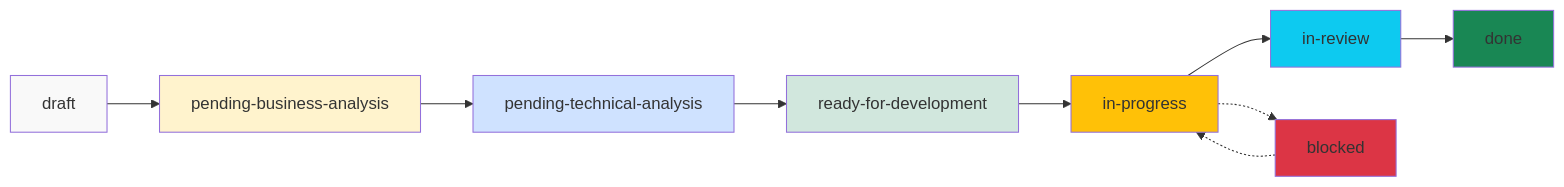
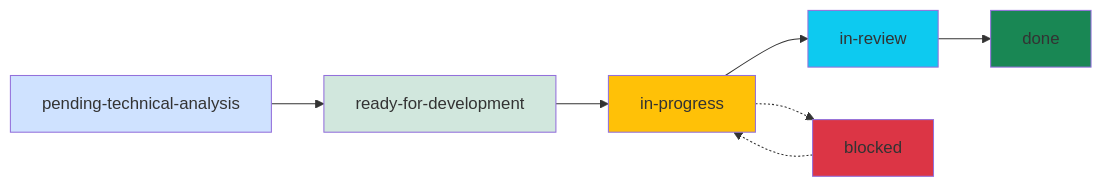
Before and after one commit to alextremp/claude-rumiator: the diagram in RUMIATOR-GUIDE.md, drawn with Mermaid. The commit also changed other lines of this file and 14 other files, not shown here.

````diff
--- a/RUMIATOR-GUIDE.md
+++ b/RUMIATOR-GUIDE.md
@@ -416,21 +398,17 @@
 ```mermaid
 graph LR
-    A[draft] --> B[pending-business-analysis]
-    B --> C[pending-technical-analysis]
-    C --> D[ready-for-development]
-    D --> E[in-progress]
-    E --> F[in-review]
-    F --> G[done]
+    A[pending-technical-analysis] --> B[ready-for-development]
+    B --> C[in-progress]
+    C --> D[in-review]
+    D --> E[done]
 
-    E -.-> H[blocked]
-    H -.-> E
+    C -.-> F[blocked]
+    F -.-> C
 
-    style A fill:#f9f9f9
-    style B fill:#fff3cd
-    style C fill:#cfe2ff
-    style D fill:#d1e7dd
-    style E fill:#ffc107
-    style F fill:#0dcaf0
-    style G fill:#198754
-    style H fill:#dc3545
+    style A fill:#cfe2ff
+    style B fill:#d1e7dd
+    style C fill:#ffc107
+    style D fill:#0dcaf0
+    style E fill:#198754
+    style F fill:#dc3545
 ```
````
